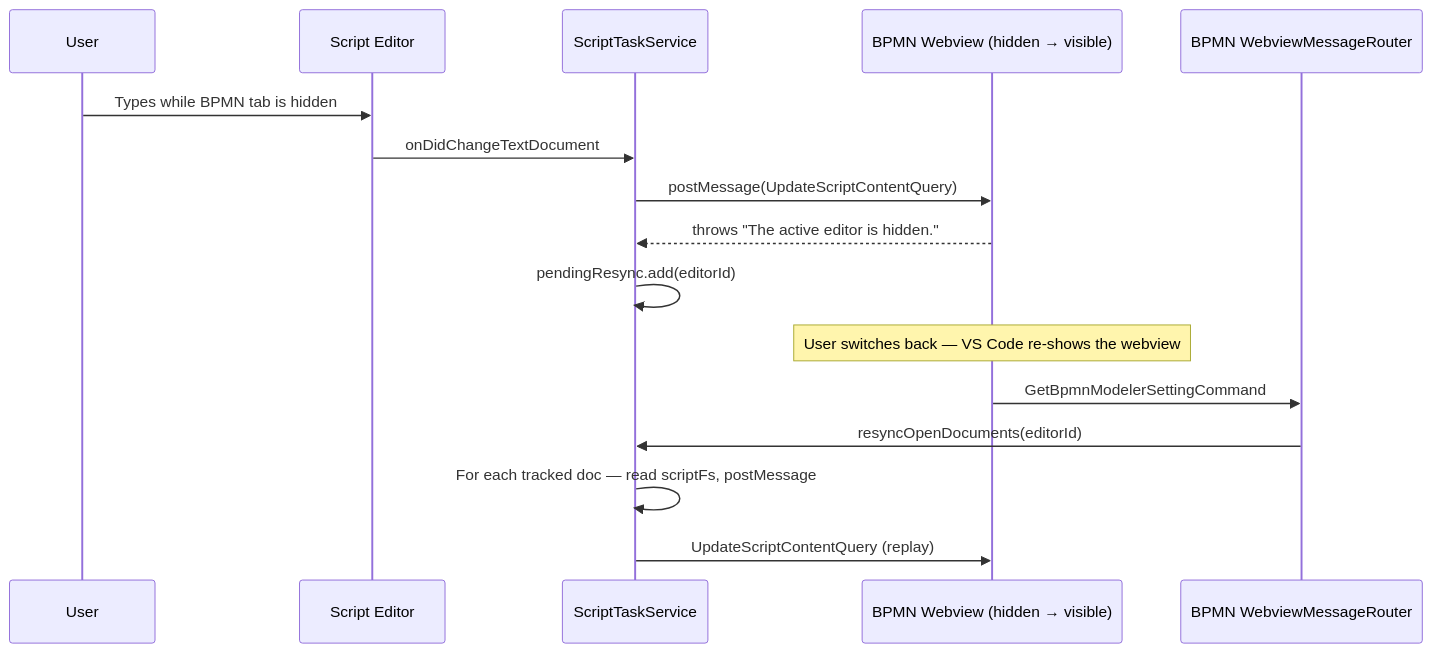
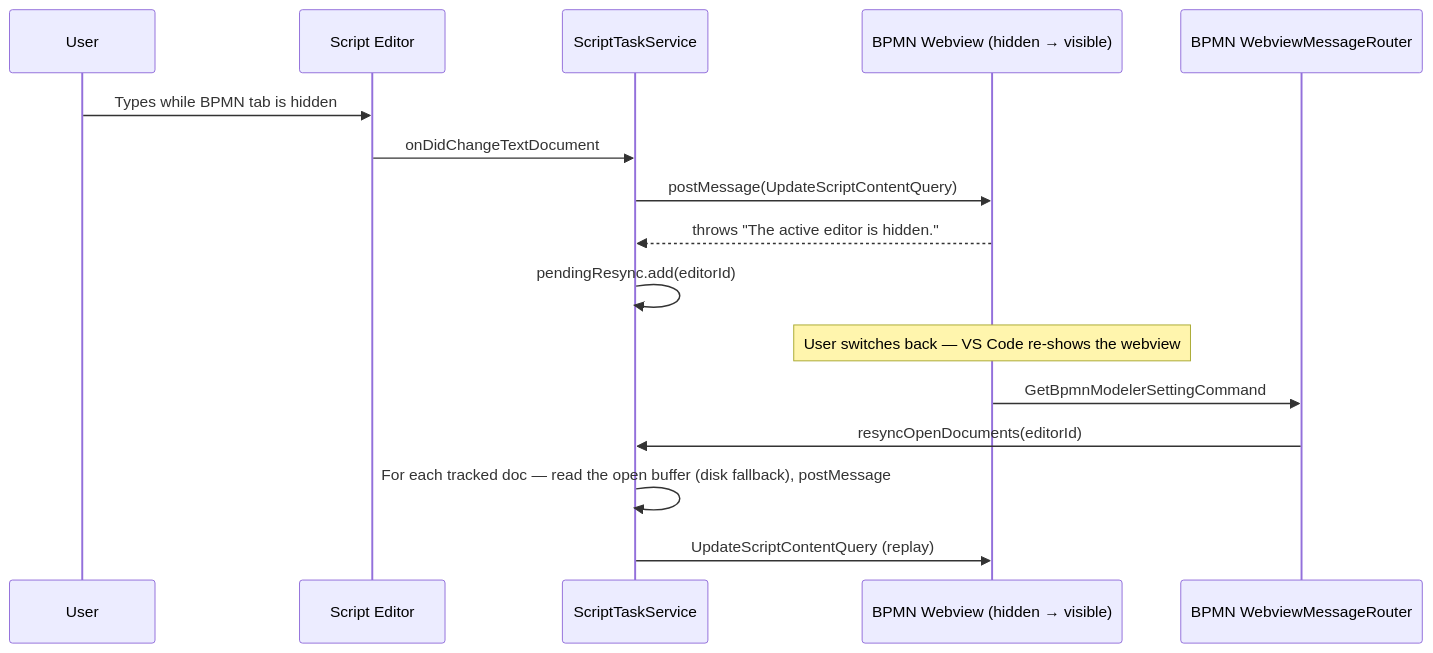
The third of 3 diagrams in docs/vscode/contributing/architecture/inline-scripting.md (Miragon/bpmn-modeler), drawn with Mermaid before and after one commit. The commit also changed other lines of this file and 43 other files, not shown here.

````diff
--- a/docs/vscode/contributing/architecture/inline-scripting.md
+++ b/docs/vscode/contributing/architecture/inline-scripting.md
@@ -168,20 +216,20 @@
 ```mermaid
 sequenceDiagram
     participant User
     participant Editor as Script Editor
     participant ScriptSvc as ScriptTaskService
     participant Webview as BPMN Webview (hidden → visible)
     participant Router as BPMN WebviewMessageRouter
 
     User->>Editor: Types while BPMN tab is hidden
     Editor->>ScriptSvc: onDidChangeTextDocument
     ScriptSvc->>Webview: postMessage(UpdateScriptContentQuery)
     Webview-->>ScriptSvc: throws "The active editor is hidden."
     ScriptSvc->>ScriptSvc: pendingResync.add(editorId)
 
     Note over Webview: User switches back — VS Code re-shows the webview
     Webview->>Router: GetBpmnModelerSettingCommand
     Router->>ScriptSvc: resyncOpenDocuments(editorId)
-    ScriptSvc->>ScriptSvc: For each tracked doc — read scriptFs, postMessage
+    ScriptSvc->>ScriptSvc: For each tracked doc — read the open buffer (disk fallback), postMessage
     ScriptSvc->>Webview: UpdateScriptContentQuery (replay)
 ```
````
